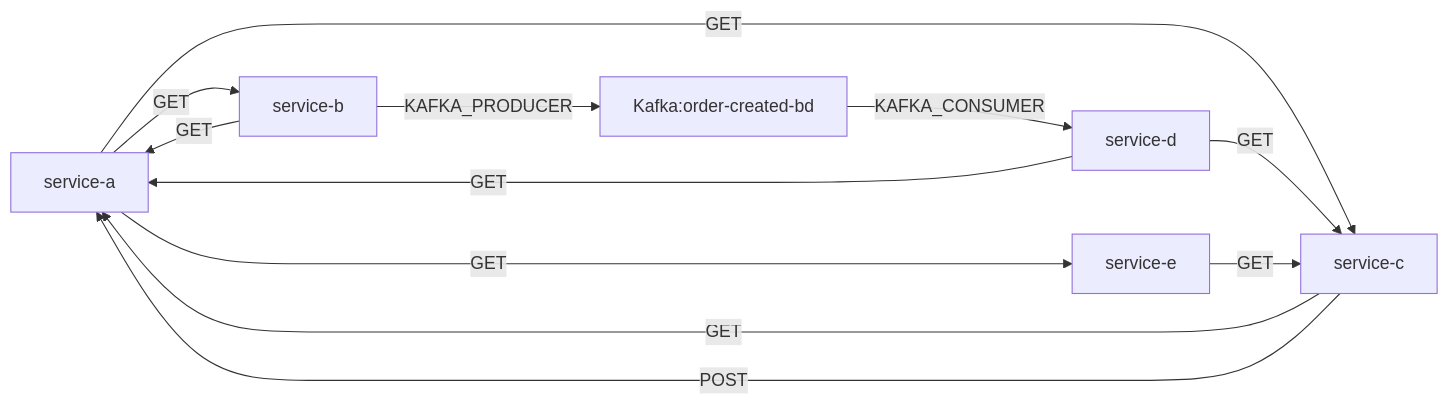
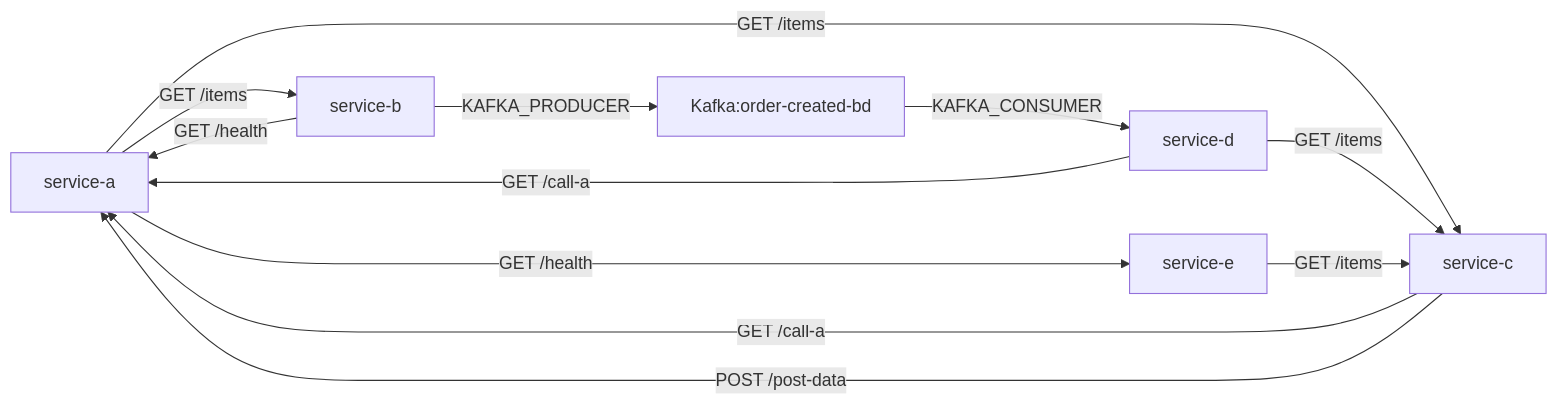
The diagram in output/deps.md (lokesh0507/First_project), drawn with Mermaid before and after one commit. The commit also changed 8 other files, not shown here.

Commit message:
updated dependency graph

````diff
--- a/output/deps.md
+++ b/output/deps.md
@@ -1,14 +1,14 @@
 ```mermaid
 graph LR
-  service-a -->|GET| service-b
-  service-a -->|GET| service-c
-  service-a -->|GET| service-e
-  service-b -->|GET| service-a
+  service-a -->|GET /items| service-b
+  service-a -->|GET /items| service-c
+  service-a -->|GET /health| service-e
+  service-b -->|GET /health| service-a
   service-b -->|KAFKA_PRODUCER| Kafka:order-created-bd
-  service-c -->|GET| service-a
-  service-c -->|POST| service-a
-  service-d -->|GET| service-a
-  service-d -->|GET| service-c
+  service-c -->|GET /call-a| service-a
+  service-c -->|POST /post-data| service-a
+  service-d -->|GET /call-a| service-a
+  service-d -->|GET /items| service-c
   Kafka:order-created-bd -->|KAFKA_CONSUMER| service-d
-  service-e -->|GET| service-c
+  service-e -->|GET /items| service-c
 ```
````
